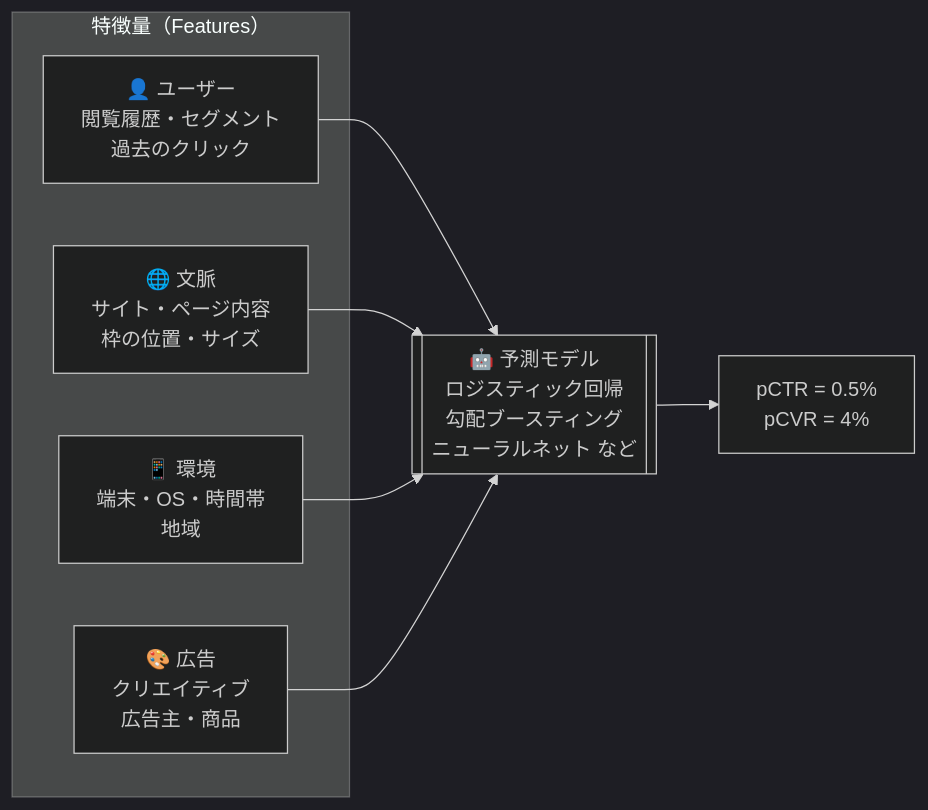
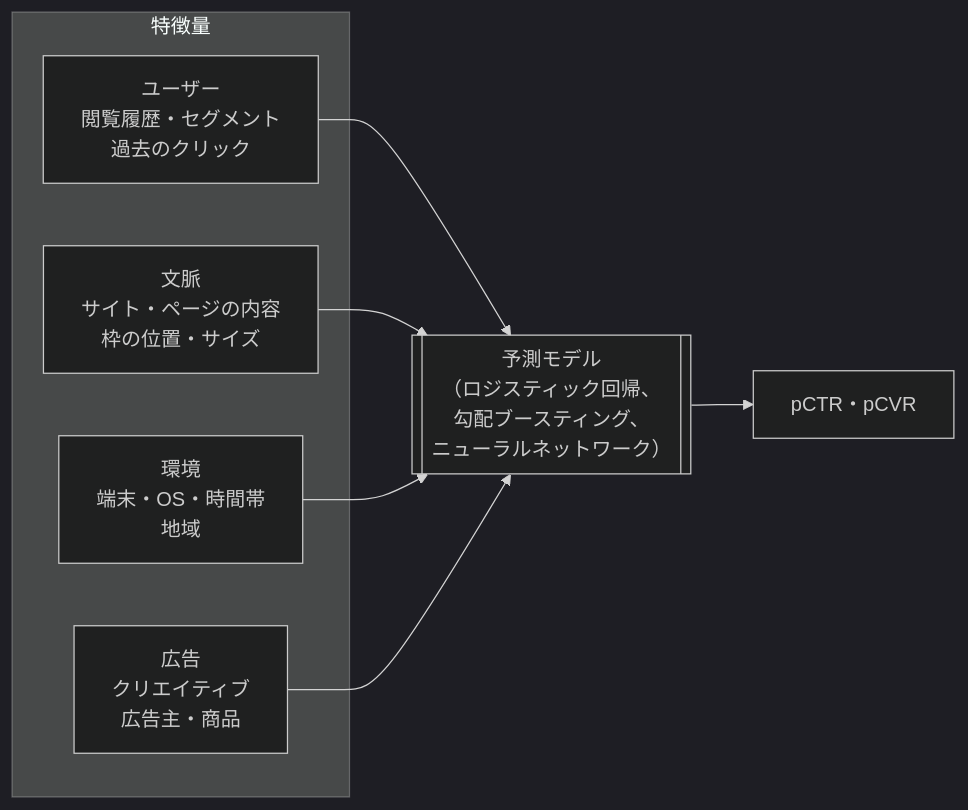
Before and after one commit to yasut0ra/rtb-study: the first of 2 diagrams in docs/05-dsp-bidding.md, drawn with Mermaid (dark theme). The commit also changed other lines of this file and 36 other files, not shown here.

````diff
--- a/docs/05-dsp-bidding.md
+++ b/docs/05-dsp-bidding.md
@@ -66,11 +58,11 @@
 ```mermaid
 flowchart LR
-    subgraph 入力["特徴量（Features）"]
-        F1["👤 ユーザー<br/>閲覧履歴・セグメント<br/>過去のクリック"]
-        F2["🌐 文脈<br/>サイト・ページ内容<br/>枠の位置・サイズ"]
-        F3["📱 環境<br/>端末・OS・時間帯<br/>地域"]
-        F4["🎨 広告<br/>クリエイティブ<br/>広告主・商品"]
+    subgraph features["特徴量"]
+        F1["ユーザー<br/>閲覧履歴・セグメント<br/>過去のクリック"]
+        F2["文脈<br/>サイト・ページの内容<br/>枠の位置・サイズ"]
+        F3["環境<br/>端末・OS・時間帯<br/>地域"]
+        F4["広告<br/>クリエイティブ<br/>広告主・商品"]
     end
-    F1 & F2 & F3 & F4 --> ML[["🤖 予測モデル<br/>ロジスティック回帰<br/>勾配ブースティング<br/>ニューラルネット など"]]
-    ML --> OUT["pCTR = 0.5%<br/>pCVR = 4%"]
+    F1 & F2 & F3 & F4 --> ML[["予測モデル<br/>（ロジスティック回帰、<br/>勾配ブースティング、<br/>ニューラルネットワーク）"]]
+    ML --> OUT["pCTR・pCVR"]
 ```
````
